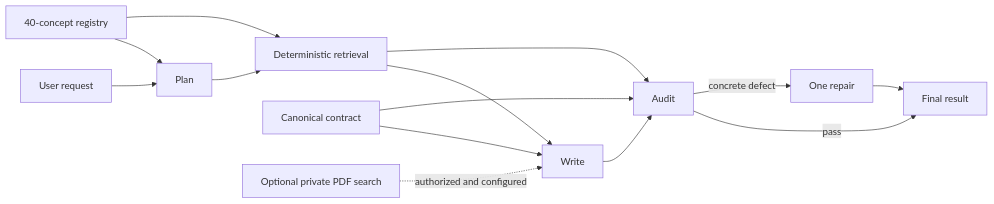
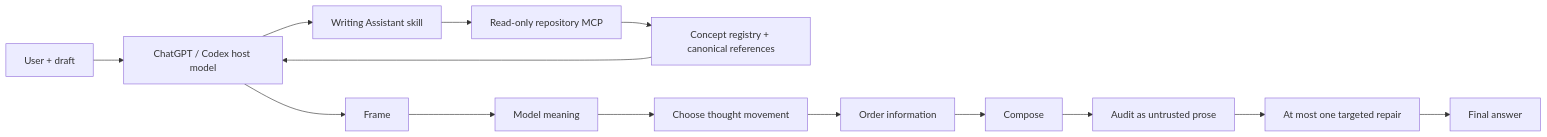
One commit to mattlane66/Writing_Assistant changed the diagram in docs/AGENT_PIPELINE.md. Above: the diagram before and after it, drawn with Mermaid. The commit also changed other lines of this file, not shown here.

Commit message:
Document the host-model plugin architecture accurately

````diff
--- a/docs/AGENT_PIPELINE.md
+++ b/docs/AGENT_PIPELINE.md
@@ -19,16 +15,16 @@
 ```mermaid
 flowchart LR
-    U[User request] --> P[Plan]
-    R[40-concept registry] --> P
-    P --> D[Deterministic retrieval]
-    R --> D
-    S[Canonical contract] --> W[Write]
-    D --> W
-    V[Optional private PDF search] -. authorized and configured .-> W
-    W --> A[Audit]
-    D --> A
-    S --> A
-    A -->|pass| O[Final result]
-    A -->|concrete defect| X[One repair]
-    X --> O
+    U[User + draft] --> H[ChatGPT / Codex host model]
+    H --> S[Writing Assistant skill]
+    S --> M[Read-only repository MCP]
+    M --> R[Concept registry + canonical references]
+    R --> H
+    H --> F[Frame]
+    F --> E[Model meaning]
+    E --> T[Choose thought movement]
+    T --> I[Order information]
+    I --> C[Compose]
+    C --> A[Audit as untrusted prose]
+    A --> X[At most one targeted repair]
+    X --> O[Final answer]
 ```
````
